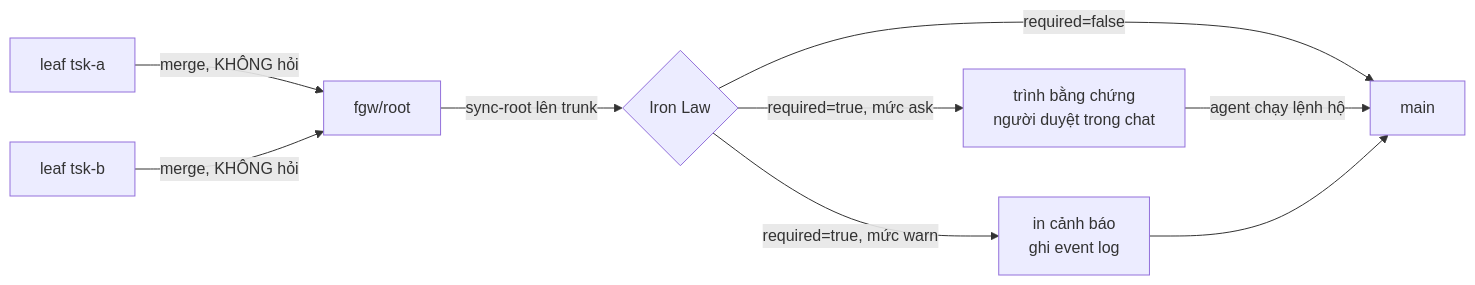
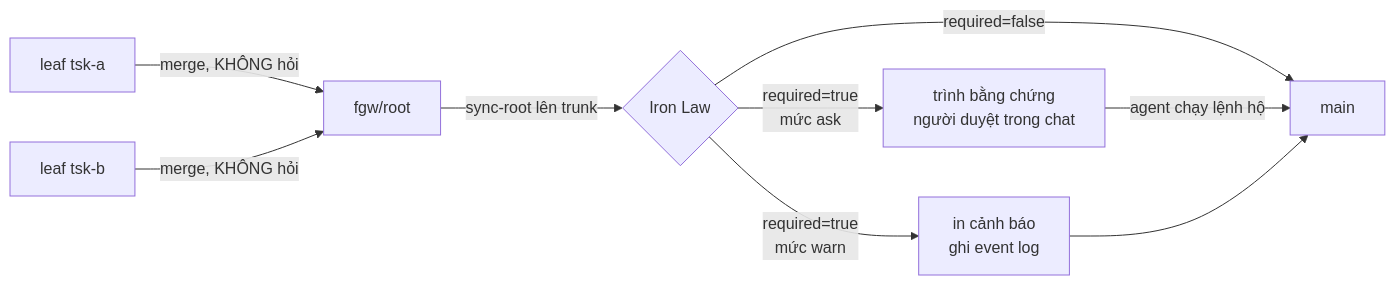
Before and after one commit to vantt/forgent: the diagram in docs/history/iron-law-gate-human-ux/DISCUSSION.md, drawn with Mermaid. The commit also changed other lines of this file, not shown here.

````diff
--- a/docs/history/iron-law-gate-human-ux/DISCUSSION.md
+++ b/docs/history/iron-law-gate-human-ux/DISCUSSION.md
@@ -149,11 +196,11 @@
 ```mermaid
 flowchart LR
   L1[leaf tsk-a] -->|merge, KHÔNG hỏi| R[fgw/root]
   L2[leaf tsk-b] -->|merge, KHÔNG hỏi| R
   R -->|sync-root lên trunk| G{Iron Law}
   G -->|required=false| M[main]
-  G -->|required=true, mức ask| H[trình bằng chứng<br/>người duyệt trong chat]
-  G -->|required=true, mức warn| W[in cảnh báo<br/>ghi event log]
+  G -->|required=true<br/>mức ask| H[trình bằng chứng<br/>người duyệt trong chat]
+  G -->|required=true<br/>mức warn| W[in cảnh báo<br/>ghi event log]
   H -->|agent chạy lệnh hộ| M
   W --> M
 ```
````
